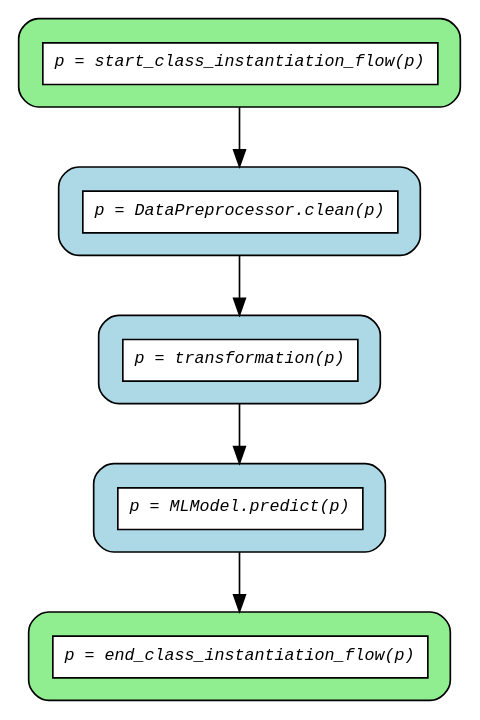
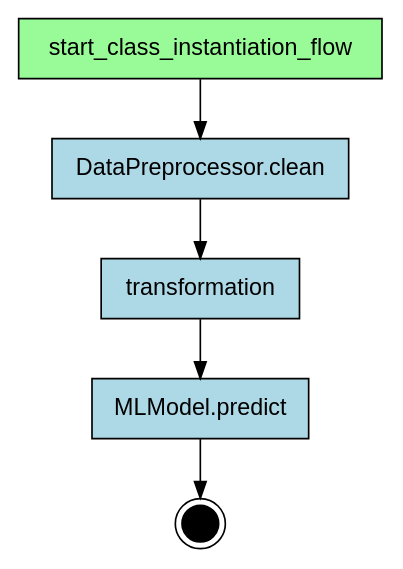
One commit to deliveryhero/asya changed the diagram in examples/flows/compiled/sequential_with_class/flow.dot. Above: the diagram before and after it, drawn with Graphviz. The commit also changed 413 other files, not shown here.

First line of the commit message:
refactor(compiler): Phase 1 — replace ir/grouper/dotgen with analyzer/graphgen (#337)

```diff
--- a/examples/flows/compiled/sequential_with_class/flow.dot
+++ b/examples/flows/compiled/sequential_with_class/flow.dot
@@ -1,17 +1,18 @@
-digraph flow {
-  rankdir=TB;
-  graph [fontname="Courier", fontsize=10];
-  node [fontname="Courier", fontsize=10, shape=box, style="filled,rounded", margin="0.2"];
-  edge [fontname="Courier", fontsize=10];
+digraph "class_instantiation_flow" {
+    rankdir=TB;
+    node [shape=box, style=filled, fontname="Helvetica"];
 
-  start_class_instantiation_flow [fillcolor="lightgreen", group="main", label=<<table border="0" cellspacing="0" cellpadding="6" cellborder="1"><tr><td bgcolor="white" align="center"><i>p = start_class_instantiation_flow(p)</i></td></tr></table>>];
-  end_class_instantiation_flow [fillcolor="lightgreen", group="main", label=<<table border="0" cellspacing="0" cellpadding="6" cellborder="1"><tr><td bgcolor="white" align="center"><i>p = end_class_instantiation_flow(p)</i></td></tr></table>>];
-  sequential_with_class_DataPreprocessor_clean [fillcolor="lightblue", label=<<table border="0" cellspacing="0" cellpadding="6" cellborder="1"><tr><td bgcolor="white" align="center"><i>p = DataPreprocessor.clean(p)</i></td></tr></table>>];
-  sequential_with_class_MLModel_predict [fillcolor="lightblue", label=<<table border="0" cellspacing="0" cellpadding="6" cellborder="1"><tr><td bgcolor="white" align="center"><i>p = MLModel.predict(p)</i></td></tr></table>>];
-  transformation [fillcolor="lightblue", label=<<table border="0" cellspacing="0" cellpadding="6" cellborder="1"><tr><td bgcolor="white" align="center"><i>p = transformation(p)</i></td></tr></table>>];
+    { rank=source; start_class_instantiation_flow; }
 
-  sequential_with_class_DataPreprocessor_clean -> transformation;
-  sequential_with_class_MLModel_predict -> end_class_instantiation_flow;
-  start_class_instantiation_flow -> sequential_with_class_DataPreprocessor_clean;
-  transformation -> sequential_with_class_MLModel_predict;
+    sequential_with_class_DataPreprocessor_clean [label="DataPreprocessor.clean", fillcolor=lightblue];
+    sequential_with_class_MLModel_predict [label="MLModel.predict", fillcolor=lightblue];
+    start_class_instantiation_flow [label="start_class_instantiation_flow", fillcolor=palegreen];
+    transformation [label="transformation", fillcolor=lightblue];
+
+    __end__ [label="", shape=doublecircle, fillcolor=black, width=0.3, fixedsize=true];
+
+    start_class_instantiation_flow -> sequential_with_class_DataPreprocessor_clean;
+    sequential_with_class_DataPreprocessor_clean -> transformation;
+    transformation -> sequential_with_class_MLModel_predict;
+    sequential_with_class_MLModel_predict -> __end__;
 }
```
